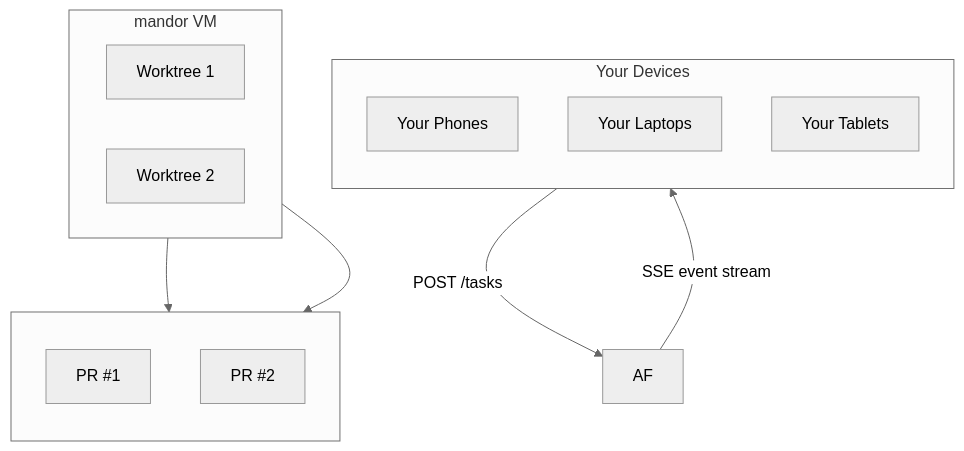
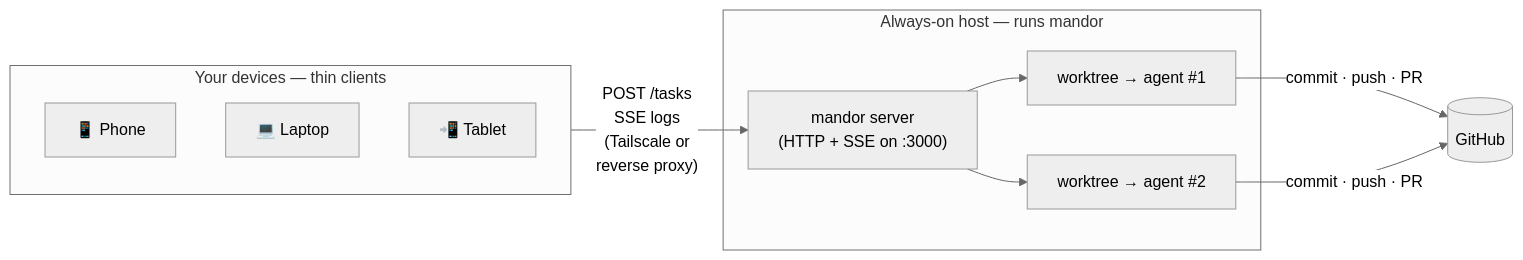
One commit to yanmii-inc/Agent-Flow changed the diagram in README.md. Above: the diagram before and after it, drawn with Mermaid (neutral theme). The commit also changed other lines of this file and 2 other files, not shown here.

````diff
--- a/README.md
+++ b/README.md
@@ -21,23 +41,22 @@
 ```mermaid
-flowchart TD
-    subgraph Devices["Your Devices"]
-        direction TB
-        Phone["Your Phones"]
-        Laptop["Your Laptops"]
-        Tablet["Your Tablets"]
+flowchart LR
+    subgraph Devices["Your devices — thin clients"]
+        Phone["📱 Phone"]
+        Laptop["💻 Laptop"]
+        Tablet["📲 Tablet"]
     end
-    subgraph CS["mandor VM"]
-        direction LR
-        W1["Worktree 1"]
-        W2["Worktree 2"]
+
+    subgraph Host["Always-on host — runs mandor"]
+        Server["mandor server<br/>(HTTP + SSE on :3000)"]
+        WT1["worktree → agent #1"]
+        WT2["worktree → agent #2"]
     end
-    subgraph PRs[" "]
-        direction TB
-        PR1["PR #1"]
-        PR2["PR #2"]
-    end
-    Devices -- "POST /tasks" --> AF
-    AF -- "SSE event stream" --> Devices
-    W1 --> PR1
-    W2 --> PR2
+
+    GH[("GitHub")]
+
+    Devices -- "POST /tasks<br/>SSE logs<br/>(Tailscale or<br/>reverse proxy)" --> Server
+    Server --> WT1
+    Server --> WT2
+    WT1 -- "commit · push · PR" --> GH
+    WT2 -- "commit · push · PR" --> GH
 ```
````
